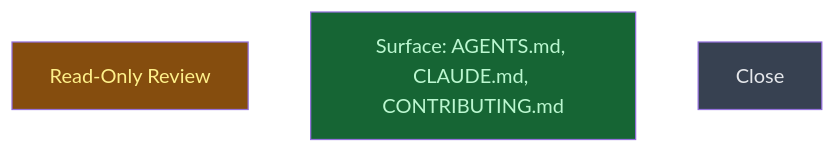
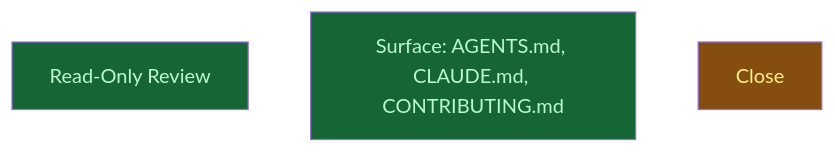
The diagram in __roadmap__/dev_plugin/integrate/README.md (CrackingShells/colgrep-mcp), drawn with Mermaid before and after one commit. The commit also changed other lines of this file and 5 other files, not shown here.

````diff
--- a/__roadmap__/dev_plugin/integrate/README.md
+++ b/__roadmap__/dev_plugin/integrate/README.md
@@ -17,11 +17,11 @@
 ```mermaid
 graph TD
-    review[Read-Only Review]:::inprogress
+    review[Read-Only Review]:::done
     surface[Surface: AGENTS.md, CLAUDE.md, CONTRIBUTING.md]:::done
-    close[Close]:::planned
+    close[Close]:::inprogress
     classDef done       fill:#166534,color:#bbf7d0
     classDef inprogress fill:#854d0e,color:#fef08a
     classDef planned    fill:#374151,color:#e5e7eb
     classDef amendment  fill:#1e3a5f,color:#bfdbfe
     classDef blocked    fill:#7f1d1d,color:#fecaca
 ```
````
